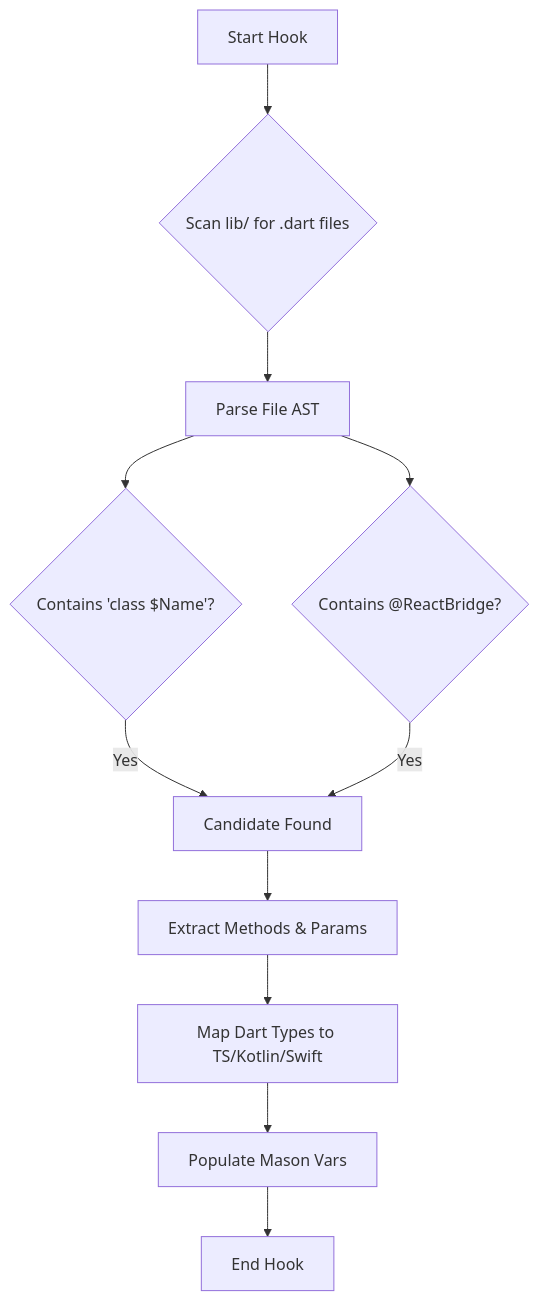
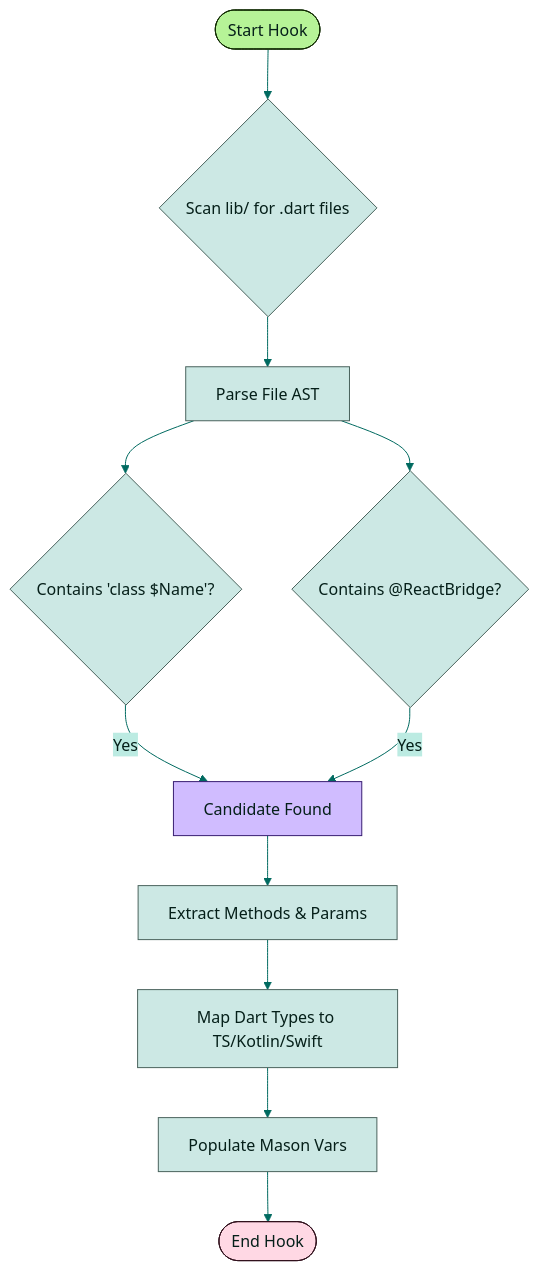
Before and after one commit to AxelBlaz3/chimera-bridge: the diagram in chimera_bridge/hooks/README.md, drawn with Mermaid. The commit also changed 1 other file, not shown here.

Commit message:
docs: upgrade diagrams to Material 3 style

````diff
--- a/chimera_bridge/hooks/README.md
+++ b/chimera_bridge/hooks/README.md
@@ -20,15 +20,33 @@
 ```mermaid
+%%{
+  init: {
+    'theme': 'base',
+    'themeVariables': {
+      'primaryColor': '#CCE8E4',
+      'primaryTextColor': '#051F19',
+      'primaryBorderColor': '#4A635D',
+      'lineColor': '#006A60',
+      'secondaryColor': '#BCEBE2',
+      'tertiaryColor': '#FFD8E4',
+      'fontFamily': 'Product Sans, Roboto, sans-serif'
+    }
+  }
+}%%
 flowchart TD
-    A[Start Hook] --> B{Scan lib/ for .dart files}
+    A([Start Hook]) --> B{Scan lib/ for .dart files}
     B --> C[Parse File AST]
-    C --> D{Contains 'class $Name'?}
+    C --> D{"Contains 'class $Name'?"}
     C --> E{Contains @ReactBridge?}
     
     D -- Yes --> F[Candidate Found]
     E -- Yes --> F
     
     F --> G[Extract Methods & Params]
     G --> H[Map Dart Types to TS/Kotlin/Swift]
     H --> I[Populate Mason Vars]
-    I --> J[End Hook]
+    I --> J([End Hook])
+    
+    style A fill:#B6F397,stroke:#0F2900
+    style J fill:#FFD8E4,stroke:#31111D
+    style F fill:#D0BCFF,stroke:#381E72
 ```
````
